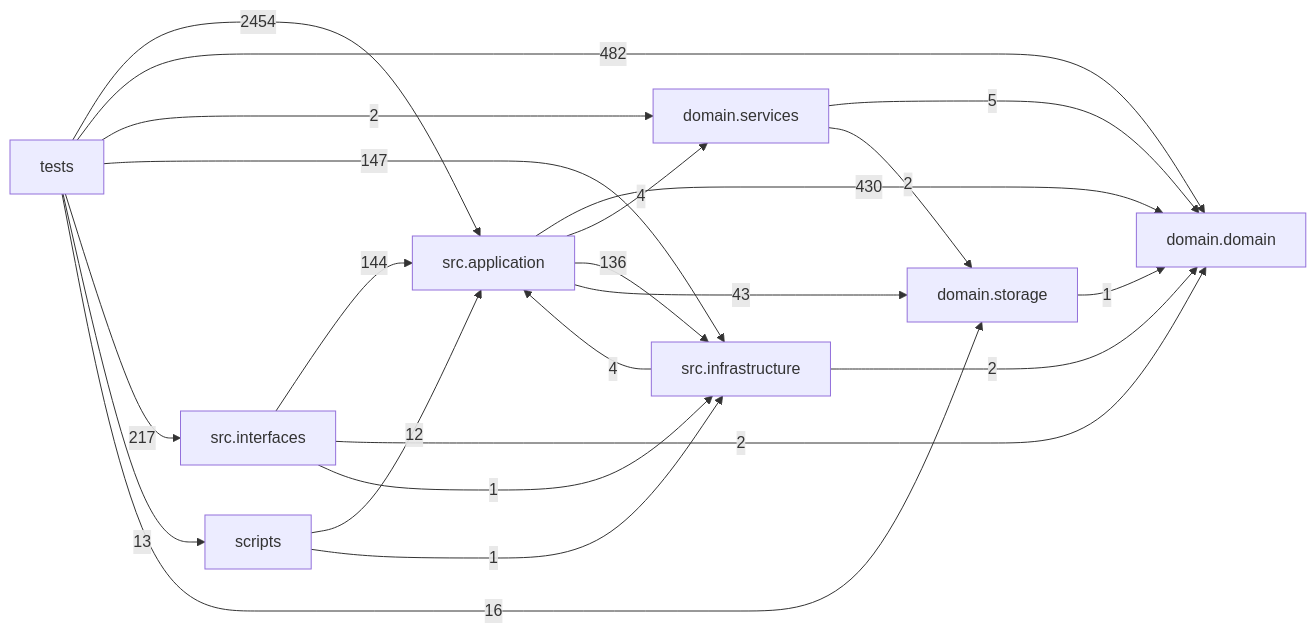
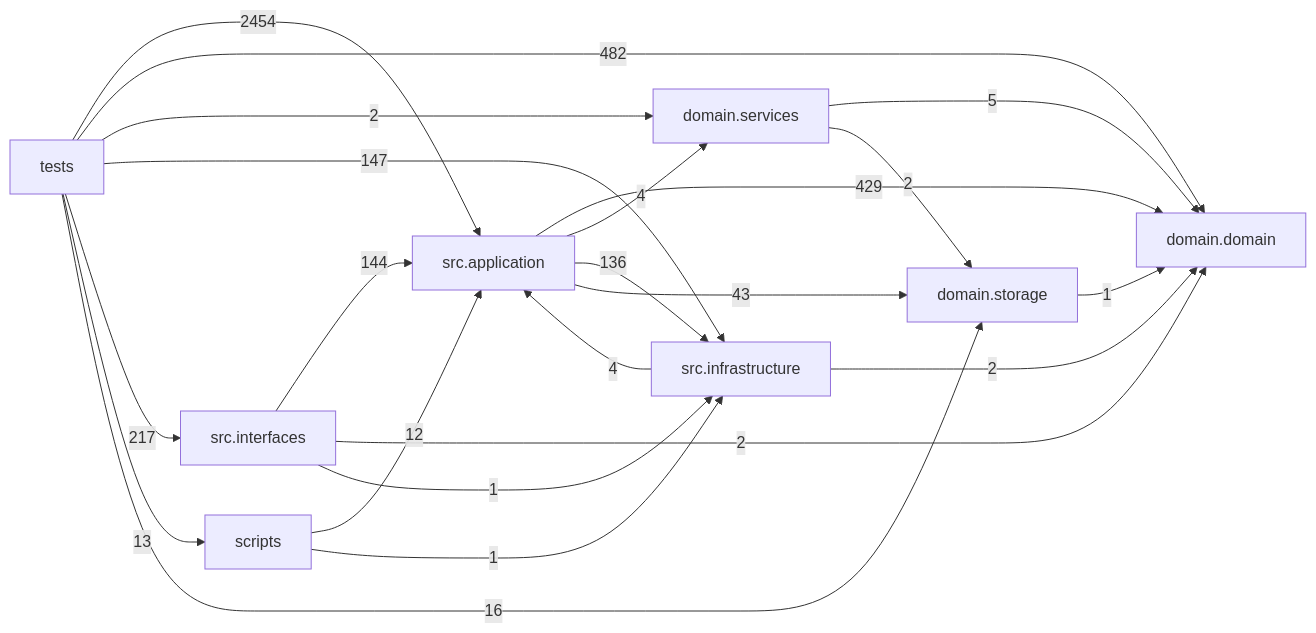
The diagram in docs/DEPENDENCY_GRAPH.md (liuxie066/options-monitor), drawn with Mermaid before and after one commit. The commit also changed other lines of this file and 5 other files, not shown here.

````diff
--- a/docs/DEPENDENCY_GRAPH.md
+++ b/docs/DEPENDENCY_GRAPH.md
@@ -24,32 +24,32 @@
 ```mermaid
 flowchart LR
   tests["tests"]
   scripts["scripts"]
   interfaces["src.interfaces"]
   application["src.application"]
   infrastructure["src.infrastructure"]
   domain_services["domain.services"]
   domain["domain.domain"]
   storage["domain.storage"]
-  application -->|430| domain
+  application -->|429| domain
   application -->|4| domain_services
   application -->|136| infrastructure
   application -->|43| storage
   domain_services -->|5| domain
   domain_services -->|2| storage
   infrastructure -->|4| application
   infrastructure -->|2| domain
   interfaces -->|144| application
   interfaces -->|2| domain
   interfaces -->|1| infrastructure
   scripts -->|12| application
   scripts -->|1| infrastructure
   storage -->|1| domain
   tests -->|2454| application
   tests -->|482| domain
   tests -->|2| domain_services
   tests -->|147| infrastructure
   tests -->|217| interfaces
   tests -->|13| scripts
   tests -->|16| storage
 ```
````
